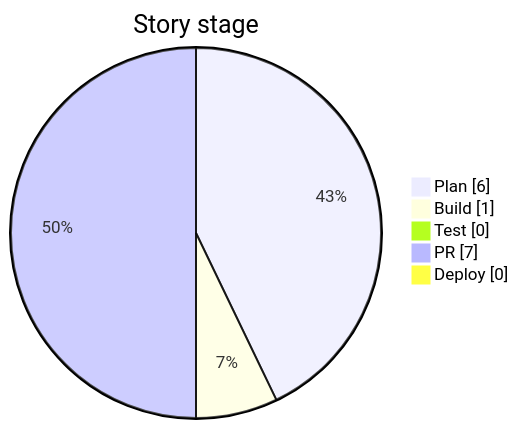
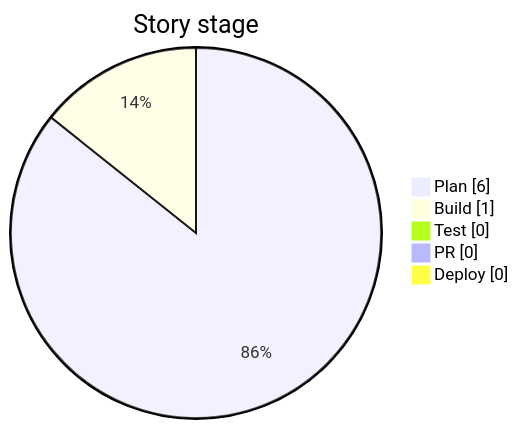
Before and after one commit to compadrejunior/postman-demo: the first of 2 diagrams in docs/project/DASHBOARD.md, drawn with Mermaid. The commit also changed other lines of this file and 12 other files, not shown here.

````diff
--- a/docs/project/DASHBOARD.md
+++ b/docs/project/DASHBOARD.md
@@ -11,9 +11,9 @@
 ```mermaid
 pie showData
     title Story stage
     "Plan" : 6
     "Build" : 1
     "Test" : 0
-    "PR" : 7
+    "PR" : 0
     "Deploy" : 0
 ```
````
